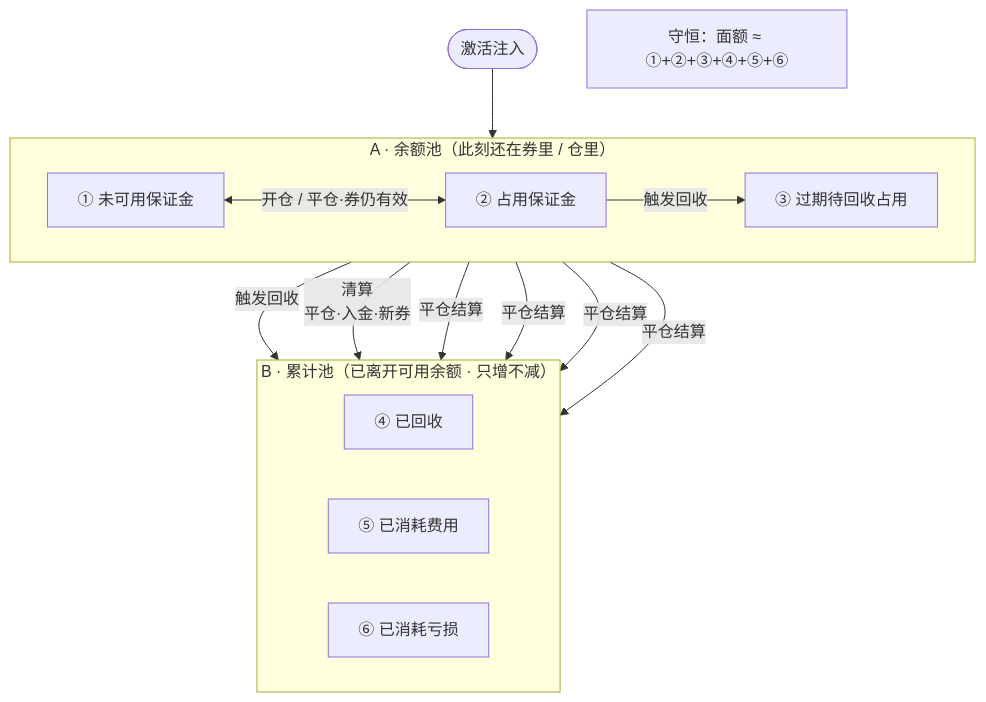
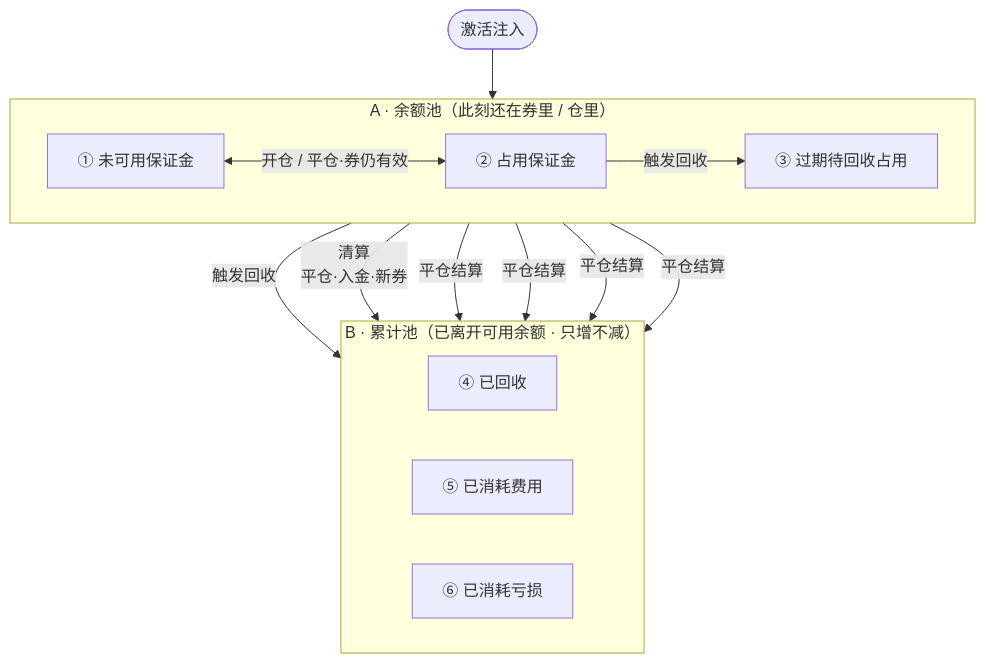
One commit to DashuaibiZZY/prototype changed the diagram in perp_dex/流程图/体验金回收-数据状态关系.mmd. Above: the diagram before and after it, drawn with Mermaid. The commit also changed 2 other files, not shown here.

Commit message:
docs: add behavior×balance/cumulative pool overview diagram
New 体验金回收-行为×数据池.mmd maps 6 behaviors onto
A/B pool fields; add §2.6 with embedded chart and quick reference table.

```diff
--- a/perp_dex/流程图/体验金回收-数据状态关系.mmd
+++ b/perp_dex/流程图/体验金回收-数据状态关系.mmd
@@ -1,29 +1,27 @@
 flowchart TB
     subgraph 余额池["A · 余额池（此刻还在券里 / 仓里）"]
         direction LR
         D1["① 未可用保证金"]
         D2["② 占用保证金"]
         D3["③ 过期待回收占用"]
     end
 
     subgraph 累计池["B · 累计池（已离开可用余额 · 只增不减）"]
         direction LR
         D4["④ 已回收"]
         D5["⑤ 已消耗费用"]
         D6["⑥ 已消耗亏损"]
     end
 
     IN(["激活注入"]) --> D1
 
     D1 <-->|开仓 / 平仓·券仍有效| D2
 
     D1 -->|触发回收| D4
     D2 -->|触发回收| D3
     D3 -->|清算<br/>平仓·入金·新券| D4
 
     D1 -->|平仓结算| D5
     D1 -->|平仓结算| D6
     D2 -->|平仓结算| D5
     D2 -->|平仓结算| D6
-
-    NOTE["守恒：面额 ≈ ①+②+③+④+⑤+⑥"]
```
